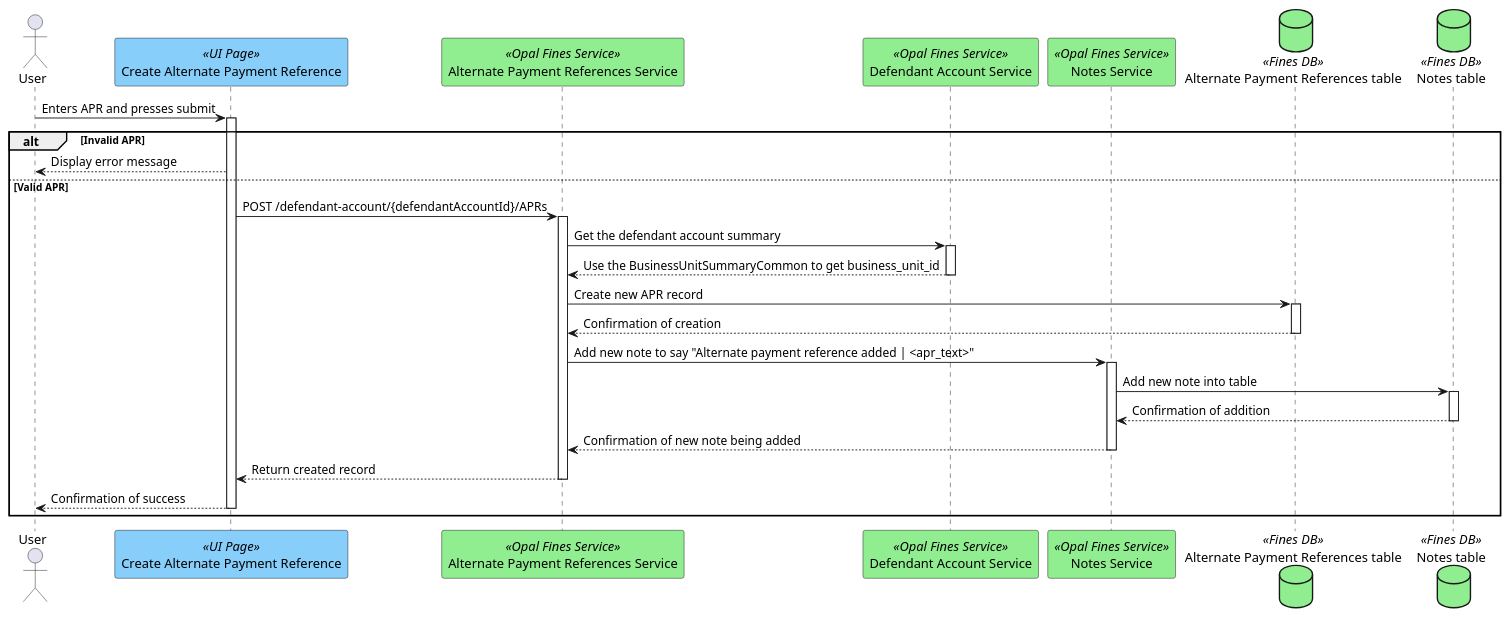
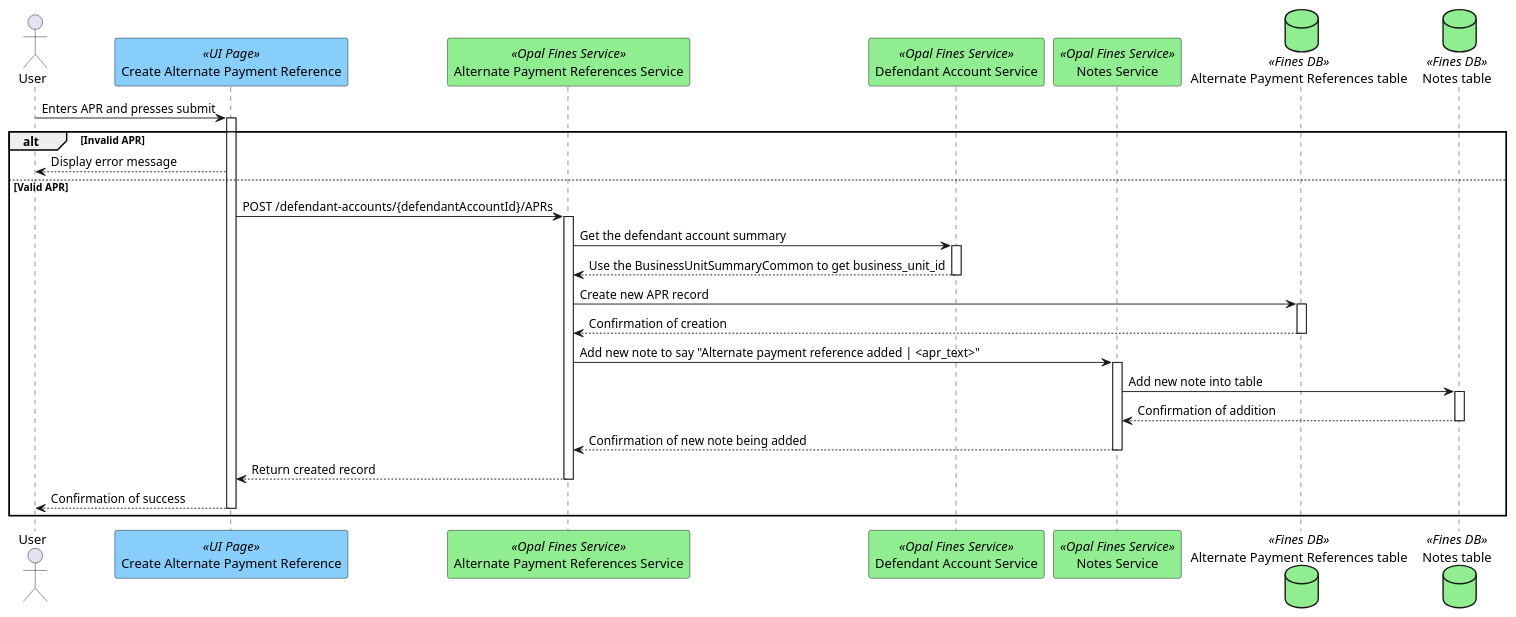
The diagram in plantUML/defendant-account/create-apr.puml (hmcts/opal-docs), drawn with PlantUML before and after one commit. The commit also changed 3 other files, not shown here.

Commit message:
Pluralising defendant accounts on EI10 documentation

```diff
--- a/plantUML/defendant-account/create-apr.puml
+++ b/plantUML/defendant-account/create-apr.puml
@@ -1,26 +1,26 @@
 @startuml
 actor "User" as user
 participant "Create Alternate Payment Reference" as uiPage <<UI Page>> #lightskyblue
 participant "Alternate Payment References Service" as alternatePaymentReferencesService <<Opal Fines Service>> #lightgreen
 participant "Defendant Account Service" as defendantAccountService <<Opal Fines Service>> #lightgreen
 participant "Notes Service" as notesService <<Opal Fines Service>> #lightgreen
 database "Alternate Payment References table" as aprTable <<Fines DB>>#lightgreen
 database "Notes table" as notesTable <<Fines DB>>#lightgreen
 
 user -> uiPage ++ : Enters APR and presses submit
 alt Invalid APR
     uiPage --> user : Display error message
 else Valid APR
-    uiPage -> alternatePaymentReferencesService ++ : POST /defendant-account/{defendantAccountId}/APRs
+    uiPage -> alternatePaymentReferencesService ++ : POST /defendant-accounts/{defendantAccountId}/APRs
     alternatePaymentReferencesService -> defendantAccountService ++ : Get the defendant account summary
     defendantAccountService --> alternatePaymentReferencesService -- : Use the BusinessUnitSummaryCommon to get business_unit_id
     alternatePaymentReferencesService -> aprTable ++ : Create new APR record
     aprTable --> alternatePaymentReferencesService -- : Confirmation of creation
     alternatePaymentReferencesService -> notesService ++ :  Add new note to say "Alternate payment reference added | <apr_text>"
     notesService -> notesTable ++ : Add new note into table
     notesTable --> notesService -- : Confirmation of addition
     notesService --> alternatePaymentReferencesService -- : Confirmation of new note being added
     alternatePaymentReferencesService --> uiPage -- : Return created record
     uiPage --> user -- : Confirmation of success
 end
 @enduml
```
